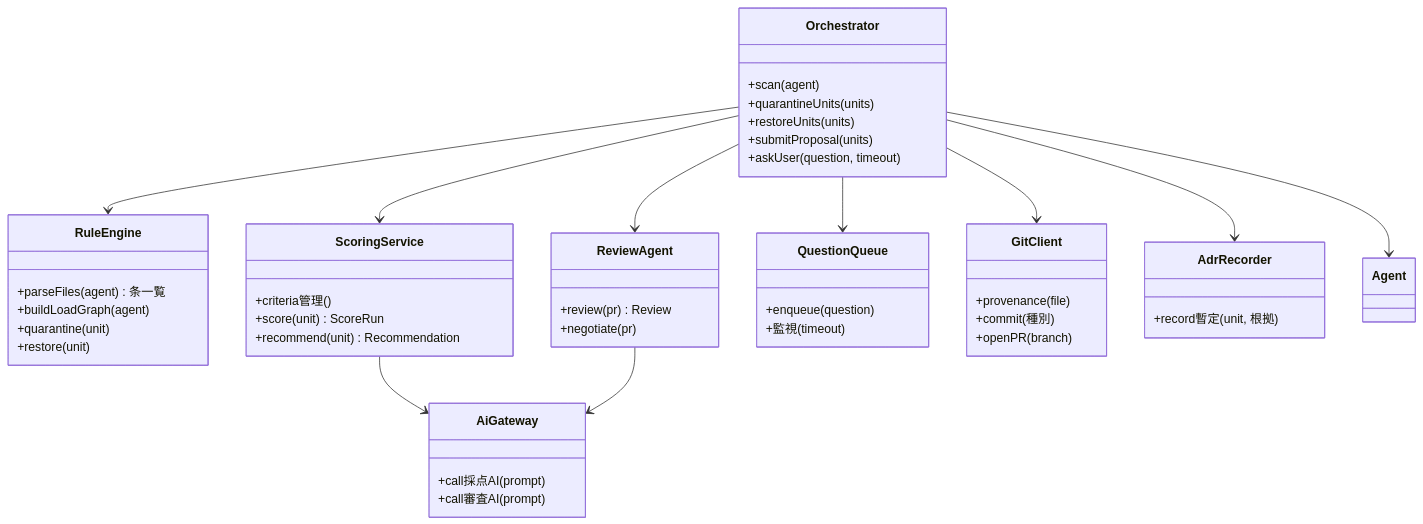
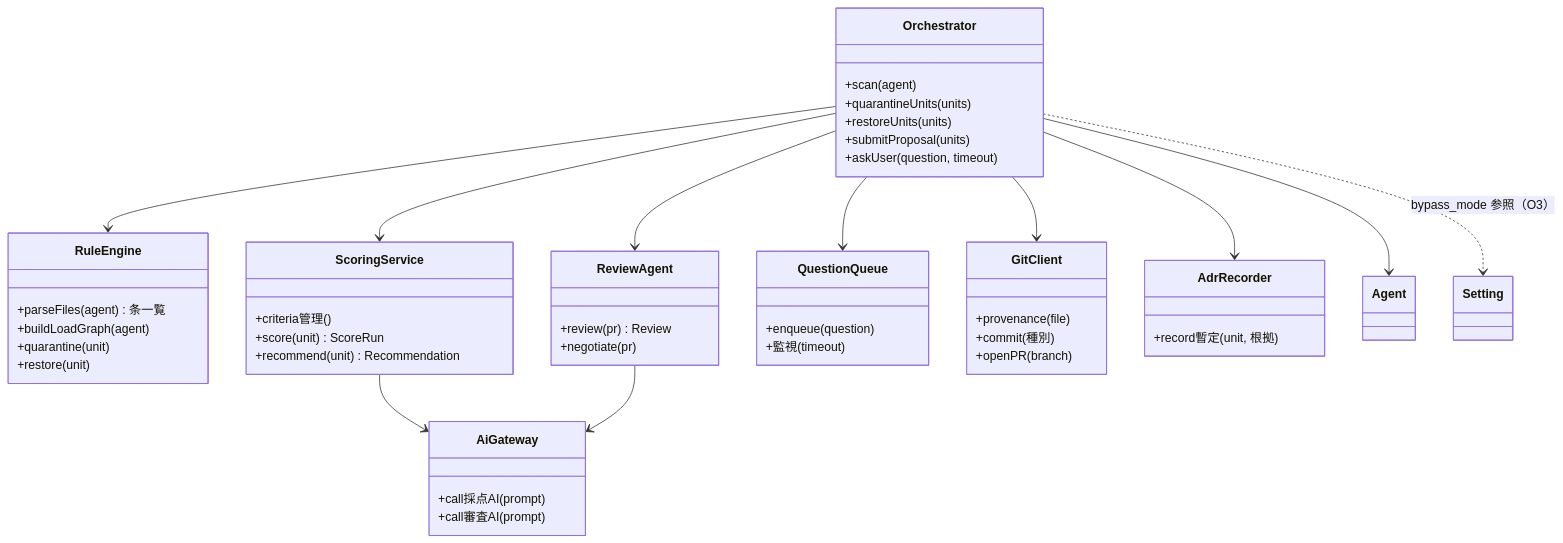
The second of 6 diagrams in docs/adr/0002.5-domain-model.md (khayashi4337/rule-warden), drawn with Mermaid before and after one commit. The commit also changed other lines of this file and 3 other files, not shown here.

First line of the commit message:
図・DDL 第3ラウンド整合レビュー: O1/O5/O8 の残存不整合を修正

````diff
--- a/docs/adr/0002.5-domain-model.md
+++ b/docs/adr/0002.5-domain-model.md
@@ -148,51 +148,52 @@
 ```mermaid
 classDiagram
     class Orchestrator {
         +scan(agent)
         +quarantineUnits(units)
         +restoreUnits(units)
         +submitProposal(units)
         +askUser(question, timeout)
     }
     class RuleEngine {
         +parseFiles(agent) 条一覧
         +buildLoadGraph(agent)
         +quarantine(unit)
         +restore(unit)
     }
     class ScoringService {
         +criteria管理()
         +score(unit) ScoreRun
         +recommend(unit) Recommendation
     }
     class ReviewAgent {
         +review(pr) Review
         +negotiate(pr)
     }
     class QuestionQueue {
         +enqueue(question)
         +監視(timeout)
     }
     class GitClient {
         +provenance(file)
         +commit(種別)
         +openPR(branch)
     }
     class AdrRecorder {
         +record暫定(unit, 根拠)
     }
     class AiGateway {
         +call採点AI(prompt)
         +call審査AI(prompt)
     }
 
     Orchestrator --> RuleEngine
     Orchestrator --> ScoringService
     Orchestrator --> ReviewAgent
     Orchestrator --> QuestionQueue
     Orchestrator --> GitClient
     Orchestrator --> AdrRecorder
     ScoringService --> AiGateway
     ReviewAgent --> AiGateway
     Orchestrator --> Agent
+    Orchestrator ..> Setting : bypass_mode 参照（O3）
 ```
````
